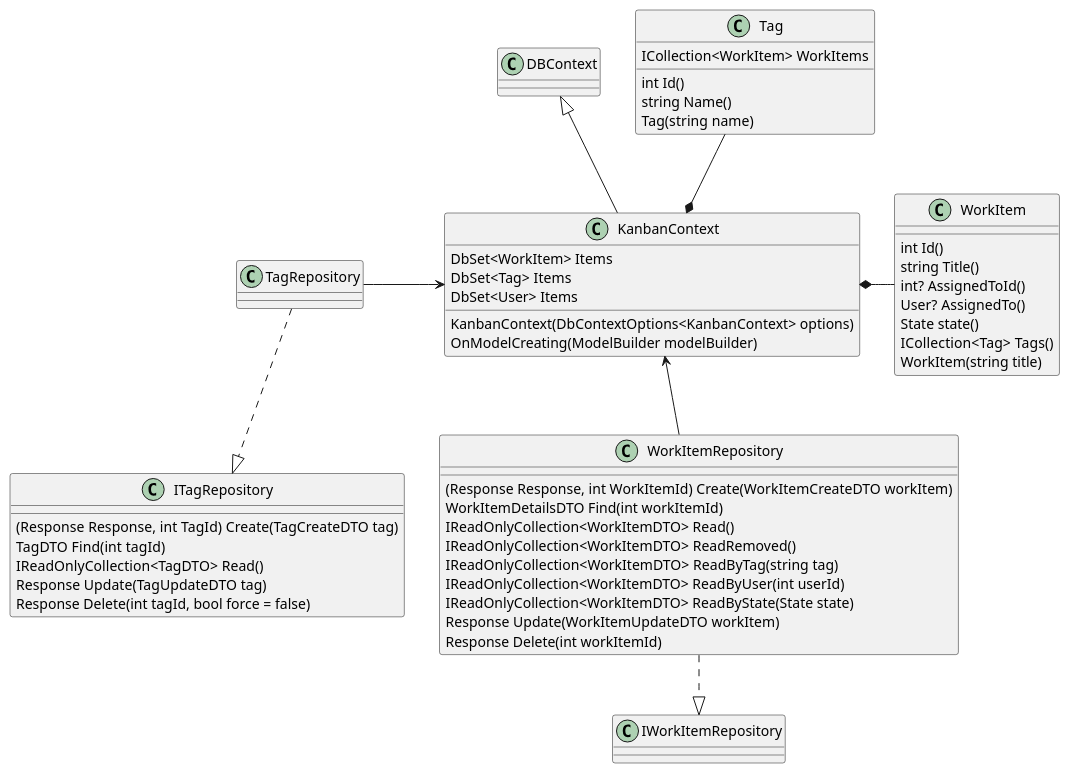
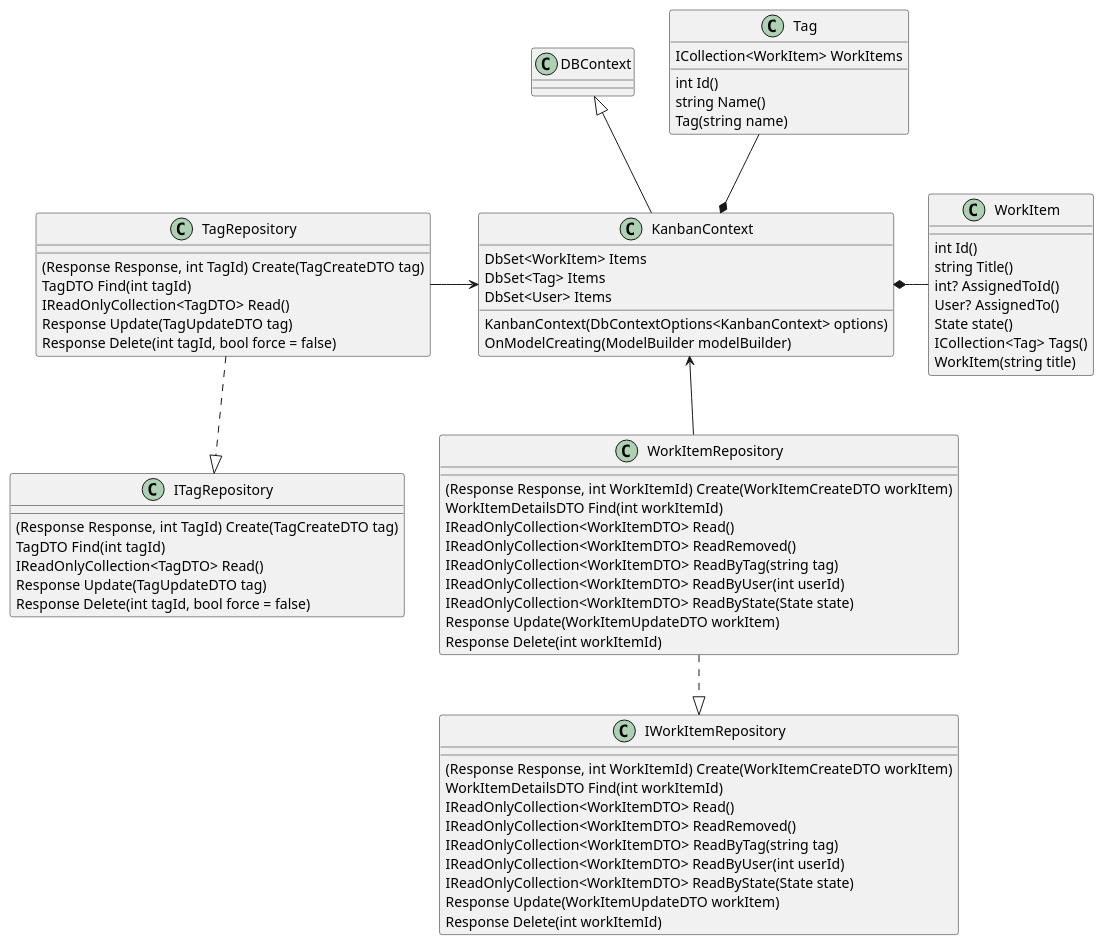
The diagram in se_ex2_class.puml (megsikon/assignment-04), drawn with PlantUML before and after one commit. The commit also changed 7 other files, not shown here.

```diff
--- a/se_ex2_class.puml
+++ b/se_ex2_class.puml
@@ -1,63 +1,75 @@
 @startuml classDiagram
 class KanbanContext{
     DbSet<WorkItem> Items
     DbSet<Tag> Items
     DbSet<User> Items
     KanbanContext(DbContextOptions<KanbanContext> options)
     OnModelCreating(ModelBuilder modelBuilder)
 }
 
 class DBContext{
     
 }
 class ITagRepository{
     (Response Response, int TagId) Create(TagCreateDTO tag)
     TagDTO Find(int tagId)
     IReadOnlyCollection<TagDTO> Read()
     Response Update(TagUpdateDTO tag)
     Response Delete(int tagId, bool force = false)
     
 }
 class IWorkItemRepository{
-    
+    (Response Response, int WorkItemId) Create(WorkItemCreateDTO workItem)
+    WorkItemDetailsDTO Find(int workItemId)
+    IReadOnlyCollection<WorkItemDTO> Read()
+    IReadOnlyCollection<WorkItemDTO> ReadRemoved()
+    IReadOnlyCollection<WorkItemDTO> ReadByTag(string tag)
+    IReadOnlyCollection<WorkItemDTO> ReadByUser(int userId)
+    IReadOnlyCollection<WorkItemDTO> ReadByState(State state)
+    Response Update(WorkItemUpdateDTO workItem)
+    Response Delete(int workItemId)
 }
 class TagRepository{
-    
+    (Response Response, int TagId) Create(TagCreateDTO tag)
+    TagDTO Find(int tagId)
+    IReadOnlyCollection<TagDTO> Read()
+    Response Update(TagUpdateDTO tag)
+    Response Delete(int tagId, bool force = false)
 }
 class WorkItemRepository{
     (Response Response, int WorkItemId) Create(WorkItemCreateDTO workItem)
     WorkItemDetailsDTO Find(int workItemId)
     IReadOnlyCollection<WorkItemDTO> Read()
     IReadOnlyCollection<WorkItemDTO> ReadRemoved()
     IReadOnlyCollection<WorkItemDTO> ReadByTag(string tag)
     IReadOnlyCollection<WorkItemDTO> ReadByUser(int userId)
     IReadOnlyCollection<WorkItemDTO> ReadByState(State state)
     Response Update(WorkItemUpdateDTO workItem)
     Response Delete(int workItemId)
     
 }
 class WorkItem{
     int Id()
     string Title()
     int? AssignedToId()
     User? AssignedTo()
     State state()
     ICollection<Tag> Tags()
     WorkItem(string title)
 }
 class Tag{
     int Id()
     string Name()
     ICollection<WorkItem> WorkItems
     Tag(string name)
 }
 
 KanbanContext *-up- Tag
 KanbanContext -up-|> DBContext
 KanbanContext *-right- WorkItem
 KanbanContext <-left- TagRepository
 KanbanContext <-down- WorkItemRepository
 TagRepository .down.|> ITagRepository
 WorkItemRepository .down.|> IWorkItemRepository
 
 @enduml
```
